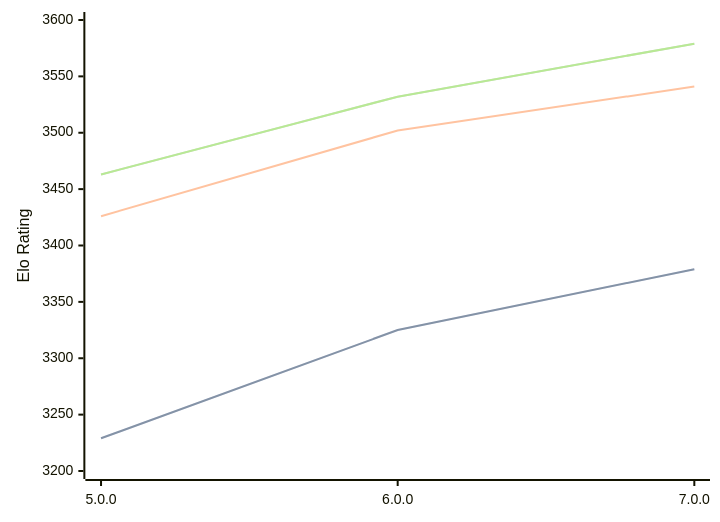
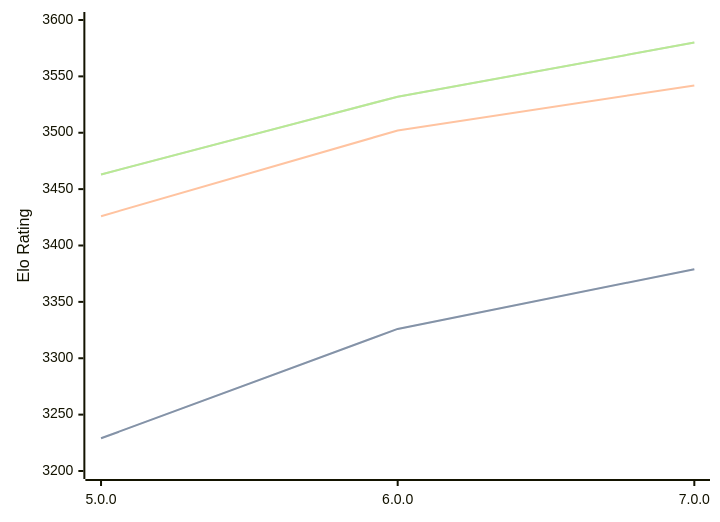
The diagram in engines/Stormphrax.md (computer-chess-index/cci), drawn with Mermaid before and after one commit. The commit also changed other lines of this file, not shown here.

Commit message:
Update CCI Ratings (ELO VLTC) - 2026-04-12

````diff
--- a/engines/Stormphrax.md
+++ b/engines/Stormphrax.md
@@ -38,11 +38,11 @@
 ```mermaid
 %%{init: {"theme":"base","themeVariables":{"seriesColors:['#a3a3a3','#222221','#faa371']}}}%%
 xychart-beta
   x-axis ["5.0.0", "6.0.0", "7.0.0"]
   y-axis "Elo Rating" 3200 --> 3600
-  line "STC (8.0+0.08s)" [3229, 3325, 3379]
-  line "STC (8.0+0.08s)" [3229, 3325, 3379]
-  line "LTC (60.0+0.60s)" [3426, 3502, 3541]
-  line "VLTC (2m24s+1.12s)" [3463, 3532, 3579]
-  line "VLTC (2m24s+1.12s)" [3463, 3532, 3579]
+  line "STC (8.0+0.08s)" [3229, 3326, 3379]
+  line "STC (8.0+0.08s)" [3229, 3326, 3379]
+  line "LTC (60.0+0.60s)" [3426, 3502, 3542]
+  line "VLTC (2m24s+1.12s)" [3463, 3532, 3580]
+  line "VLTC (2m24s+1.12s)" [3463, 3532, 3580]
 ```
````
